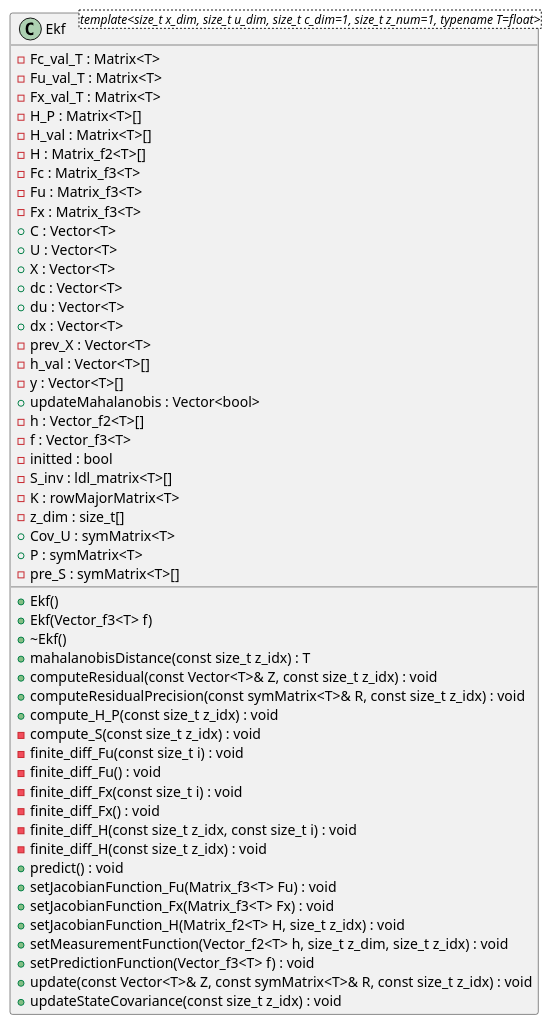
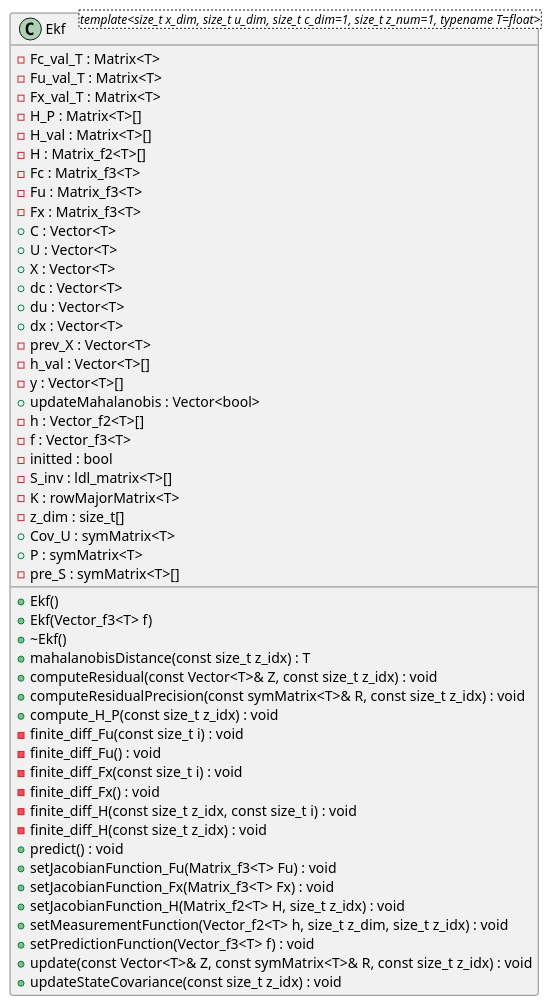
One commit to robinAZERTY/bayesian_filter changed the diagram in docs/architecture/classDiagram.puml. Above: the diagram before and after it, drawn with PlantUML. The commit also changed 1 other file, not shown here.

Commit message:
Updated UML diagram

```diff
--- a/docs/architecture/classDiagram.puml
+++ b/docs/architecture/classDiagram.puml
@@ -1,81 +1,80 @@
 @startuml
 
 
 
 
 
 /' Objects '/
 
 class Ekf <template<size_t x_dim, size_t u_dim, size_t c_dim=1, size_t z_num=1, typename T=float>> {
 	+Ekf()
 	+Ekf(Vector_f3<T> f)
 	+~Ekf()
 	-Fc_val_T : Matrix<T>
 	-Fu_val_T : Matrix<T>
 	-Fx_val_T : Matrix<T>
 	-H_P : Matrix<T>[]
 	-H_val : Matrix<T>[]
 	-H : Matrix_f2<T>[]
 	-Fc : Matrix_f3<T>
 	-Fu : Matrix_f3<T>
 	-Fx : Matrix_f3<T>
 	+mahalanobisDistance(const size_t z_idx) : T
 	+C : Vector<T>
 	+U : Vector<T>
 	+X : Vector<T>
 	+dc : Vector<T>
 	+du : Vector<T>
 	+dx : Vector<T>
 	-prev_X : Vector<T>
 	-h_val : Vector<T>[]
 	-y : Vector<T>[]
 	+updateMahalanobis : Vector<bool>
 	-h : Vector_f2<T>[]
 	-f : Vector_f3<T>
 	-initted : bool
 	-S_inv : ldl_matrix<T>[]
 	-K : rowMajorMatrix<T>
 	-z_dim : size_t[]
 	+Cov_U : symMatrix<T>
 	+P : symMatrix<T>
 	-pre_S : symMatrix<T>[]
 	+computeResidual(const Vector<T>& Z, const size_t z_idx) : void
 	+computeResidualPrecision(const symMatrix<T>& R, const size_t z_idx) : void
 	+compute_H_P(const size_t z_idx) : void
-	-compute_S(const size_t z_idx) : void
 	-finite_diff_Fu(const size_t i) : void
 	-finite_diff_Fu() : void
 	-finite_diff_Fx(const size_t i) : void
 	-finite_diff_Fx() : void
 	-finite_diff_H(const size_t z_idx, const size_t i) : void
 	-finite_diff_H(const size_t z_idx) : void
 	+predict() : void
 	+setJacobianFunction_Fu(Matrix_f3<T> Fu) : void
 	+setJacobianFunction_Fx(Matrix_f3<T> Fx) : void
 	+setJacobianFunction_H(Matrix_f2<T> H, size_t z_idx) : void
 	+setMeasurementFunction(Vector_f2<T> h, size_t z_dim, size_t z_idx) : void
 	+setPredictionFunction(Vector_f3<T> f) : void
 	+update(const Vector<T>& Z, const symMatrix<T>& R, const size_t z_idx) : void
 	+updateStateCovariance(const size_t z_idx) : void
 }
 
 
 
 
 
 /' Inheritance relationships '/
 
 
 
 
 /' Aggregation relationships '/
 
 
 
 
 
 /' Nested objects '/
 
 
 
 @enduml
```
